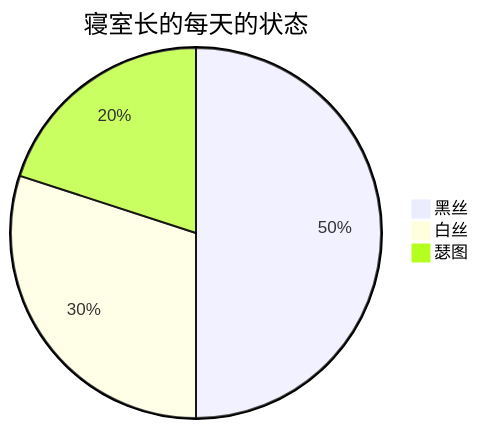
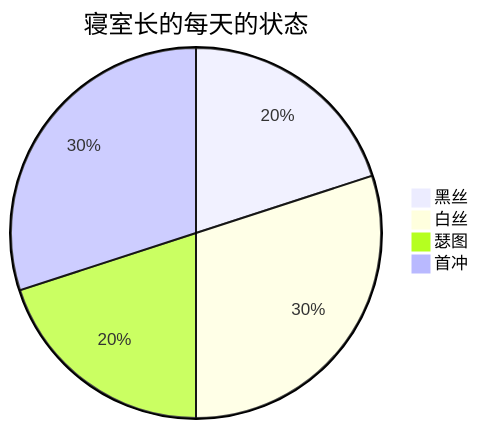
The diagram in README.md (LeoTan2004/wallet), drawn with Mermaid before and after one commit.

````diff
--- a/README.md
+++ b/README.md
@@ -5,7 +5,8 @@
 ```mermaid
 pie
     title 寝室长的每天的状态
-    "黑丝" : 50
+    "黑丝" : 20
     "白丝" : 30
     "瑟图" : 20
+    "首冲" : 30
 ```
````
